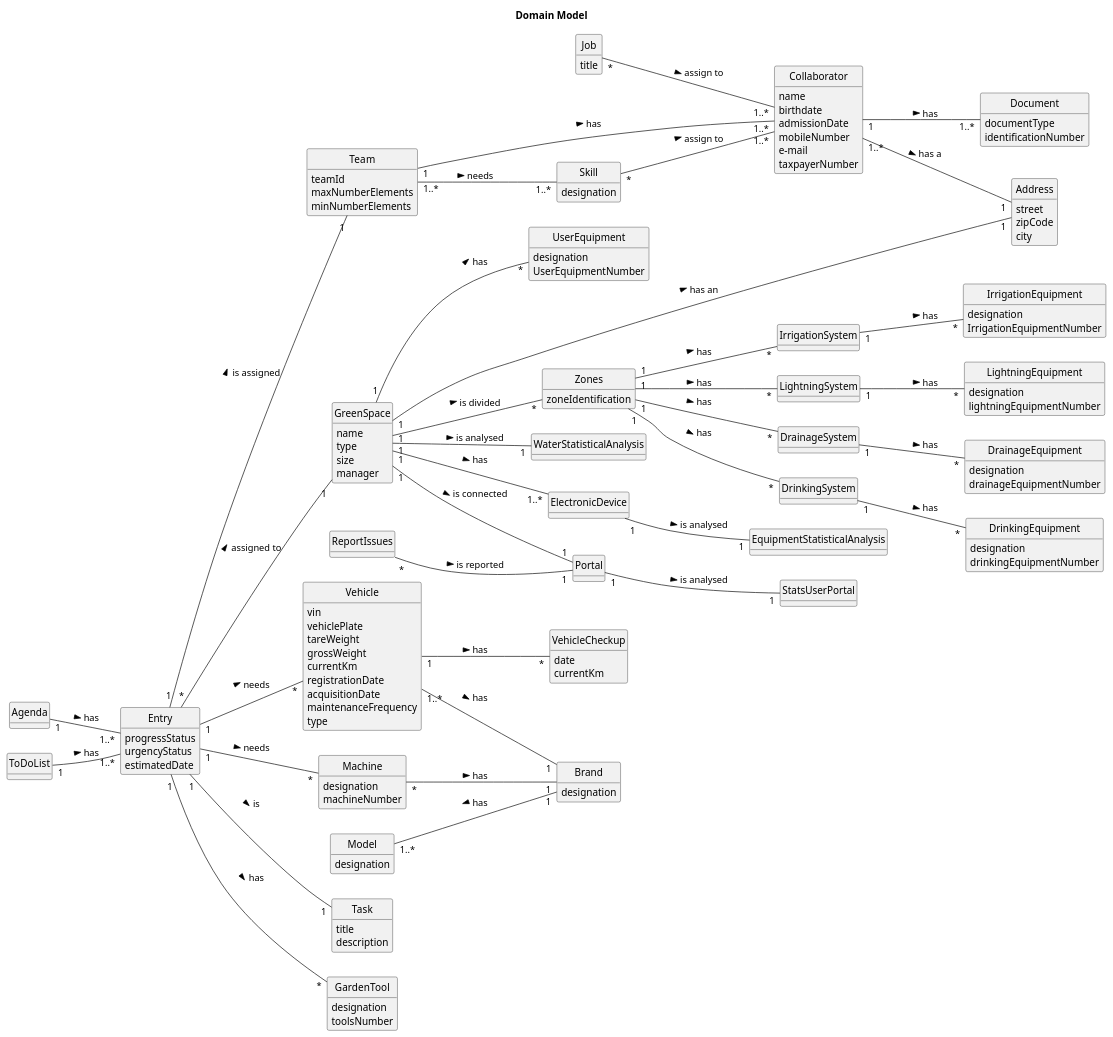
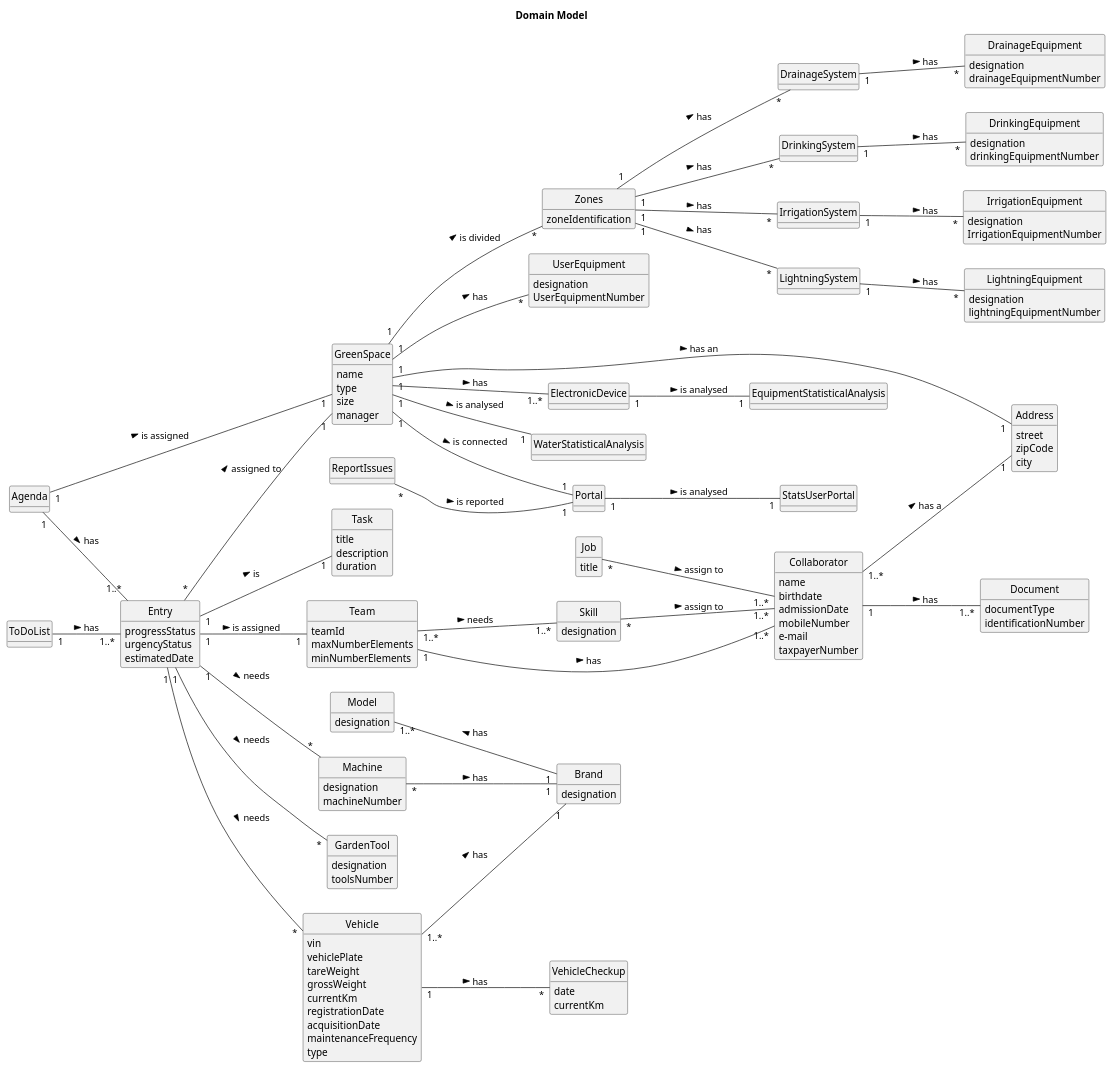
Before and after one commit to ricardomm7/leaflink: the diagram in docs/sprintC/global-artifacts/02.analysis/puml/project-domain-model.puml, drawn with PlantUML. The commit also changed 23 other files, not shown here.

```diff
--- a/docs/sprintC/global-artifacts/02.analysis/puml/project-domain-model.puml
+++ b/docs/sprintC/global-artifacts/02.analysis/puml/project-domain-model.puml
@@ -99,6 +99,7 @@
 class Task {
     title
     description
+    duration
 
 }
 
@@ -219,7 +220,7 @@
 
 Entry "1" -- "1" Team : is assigned >
 
-Entry "1" -- "*" GardenTool : has >
+Entry "1" -- "*" GardenTool : needs >
 
 Entry "*" -- "1" GreenSpace: assigned to >
 
@@ -237,4 +238,6 @@
 
 Entry "1" -- "1" Task: is >
 
+Agenda "1" -- "1" GreenSpace : is assigned >
+
 @enduml
```
